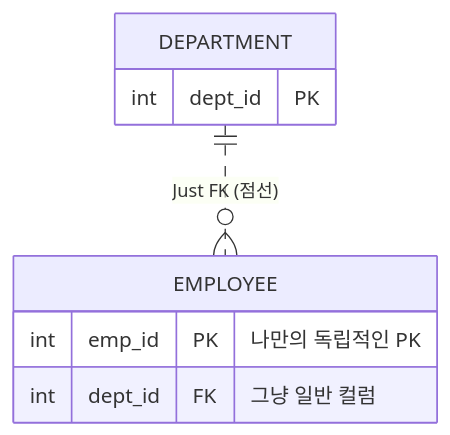
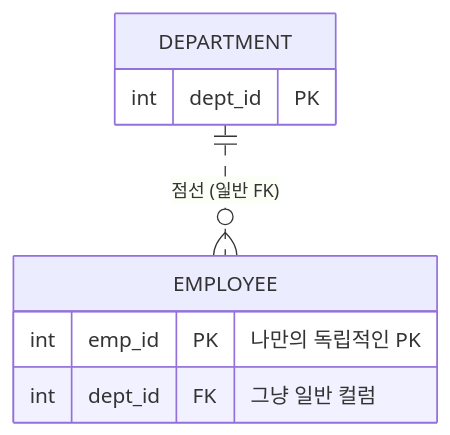
One commit to hgim96715-lgtm/gong_home changed the third of 3 diagrams in 20_Wiki/21_Languages/SQL/SQL_Keys_and_Identifiers.md. Above: the diagram before and after it, drawn with Mermaid. The commit also changed other lines of this file and 8 other files, not shown here.

````diff
--- a/20_Wiki/21_Languages/SQL/SQL_Keys_and_Identifiers.md
+++ b/20_Wiki/21_Languages/SQL/SQL_Keys_and_Identifiers.md
@@ -162,13 +237,12 @@
 ```mermaid
 erDiagram
-    DEPARTMENT ||..o{ EMPLOYEE : "Just FK (점선)"
-    
+    DEPARTMENT ||..o{ EMPLOYEE : "점선 (일반 FK)"
+
     DEPARTMENT {
         int dept_id PK
     }
-    
     EMPLOYEE {
-        int emp_id PK "나만의 독립적인 PK"
+        int emp_id  PK "나만의 독립적인 PK"
         int dept_id FK "그냥 일반 컬럼"
     }
 ```
````
